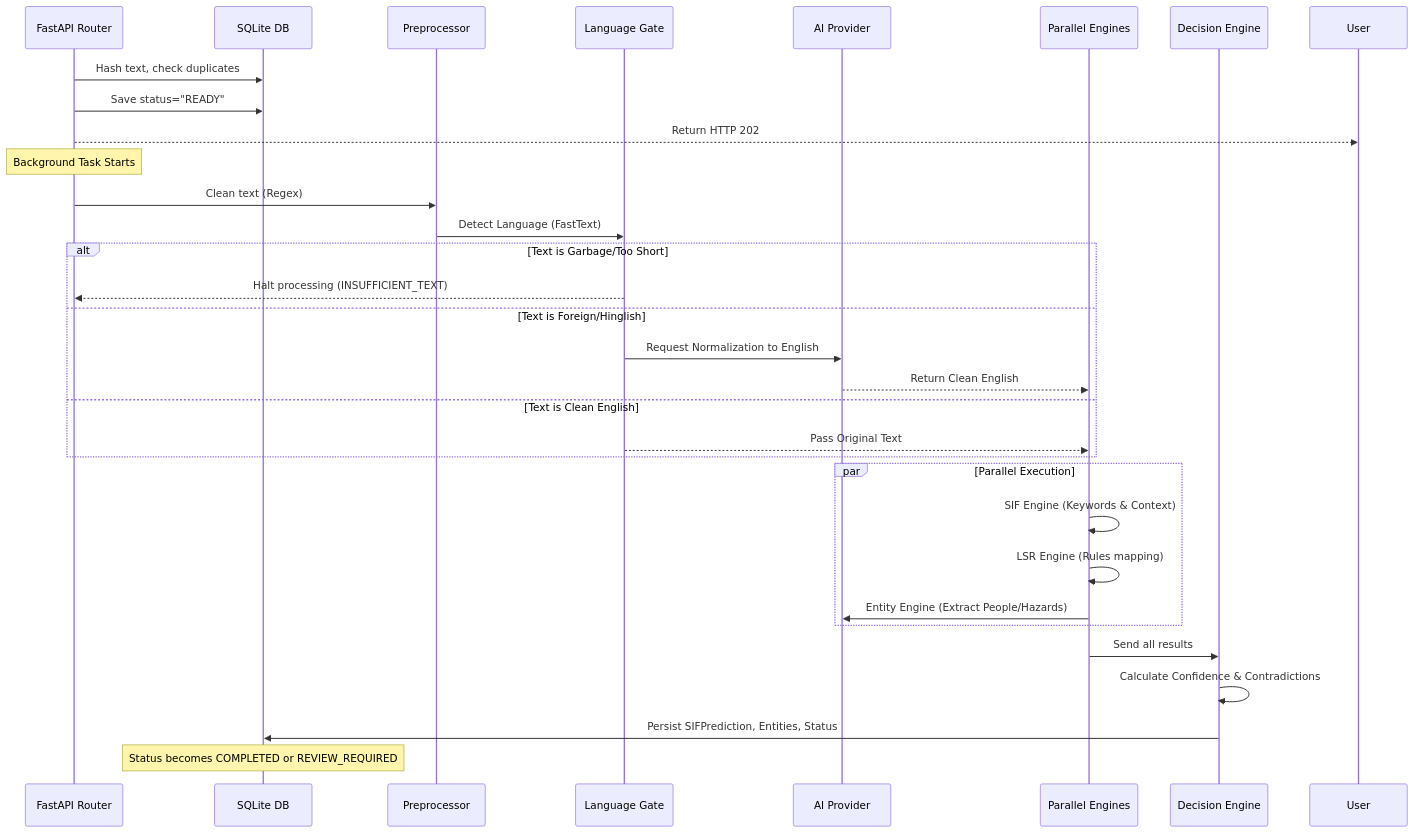
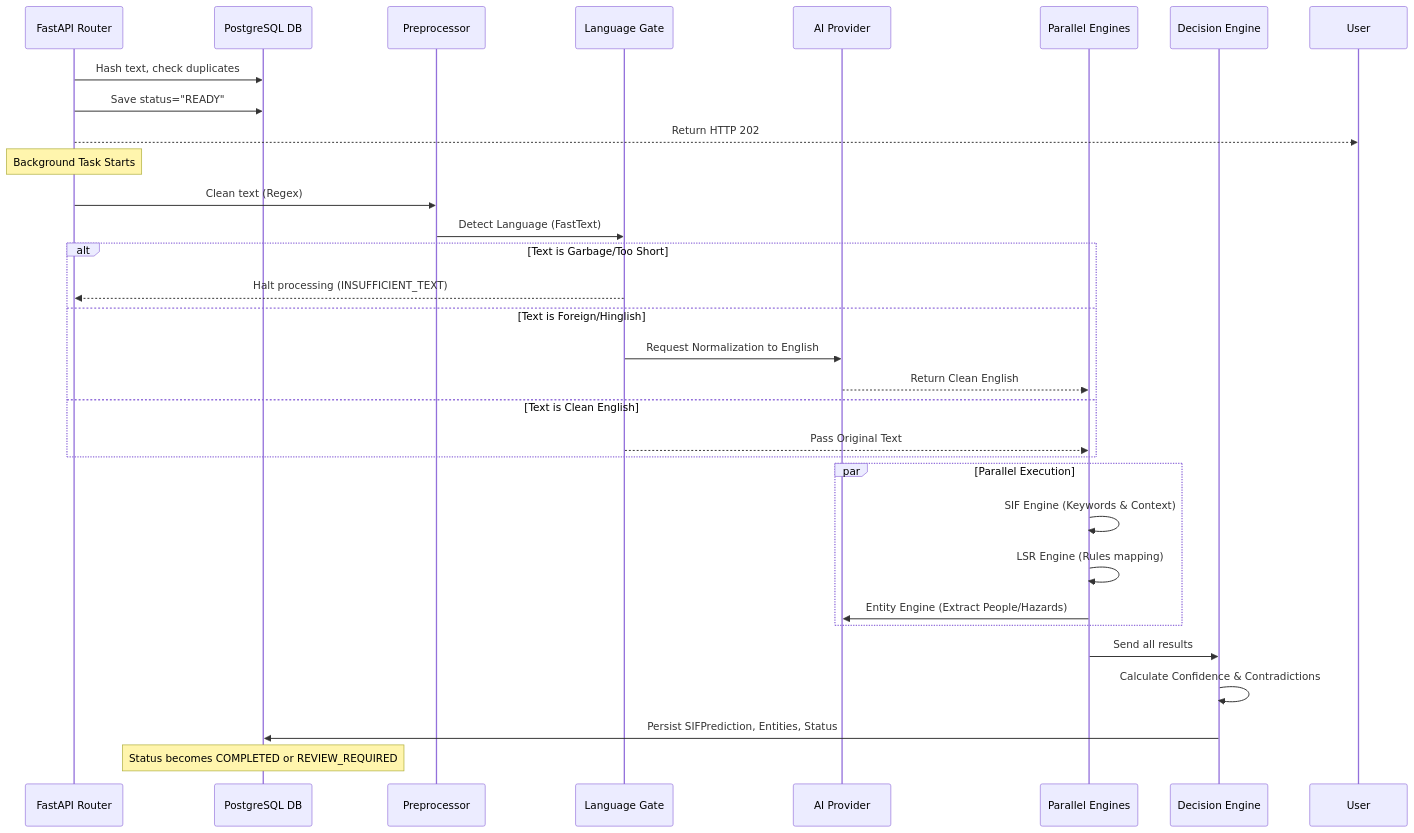
Before and after one commit to Prince-1652/sif-precursor-nlp: the diagram in flow.md, drawn with Mermaid. The commit also changed 2 other files, not shown here.

Commit message:
docs: remove stray SQLite references in favor of PostgreSQL

````diff
--- a/flow.md
+++ b/flow.md
@@ -29,37 +29,37 @@
 ```mermaid
 sequenceDiagram
     participant API as FastAPI Router
-    participant DB as SQLite DB
+    participant DB as PostgreSQL DB
     participant Prep as Preprocessor
     participant Gate as Language Gate
     participant LLM as AI Provider
     participant Engines as Parallel Engines
     participant Dec as Decision Engine
 
     API->>DB: Hash text, check duplicates
     API->>DB: Save status="READY"
     API-->>User: Return HTTP 202
     Note over API: Background Task Starts
     API->>Prep: Clean text (Regex)
     Prep->>Gate: Detect Language (FastText)
     
     alt Text is Garbage/Too Short
         Gate-->>API: Halt processing (INSUFFICIENT_TEXT)
     else Text is Foreign/Hinglish
         Gate->>LLM: Request Normalization to English
         LLM-->>Engines: Return Clean English
     else Text is Clean English
         Gate-->>Engines: Pass Original Text
     end
 
     par Parallel Execution
         Engines->>Engines: SIF Engine (Keywords & Context)
         Engines->>Engines: LSR Engine (Rules mapping)
         Engines->>LLM: Entity Engine (Extract People/Hazards)
     end
 
     Engines->>Dec: Send all results
     Dec->>Dec: Calculate Confidence & Contradictions
     Dec->>DB: Persist SIFPrediction, Entities, Status
     Note over DB: Status becomes COMPLETED or REVIEW_REQUIRED
 ```
````
